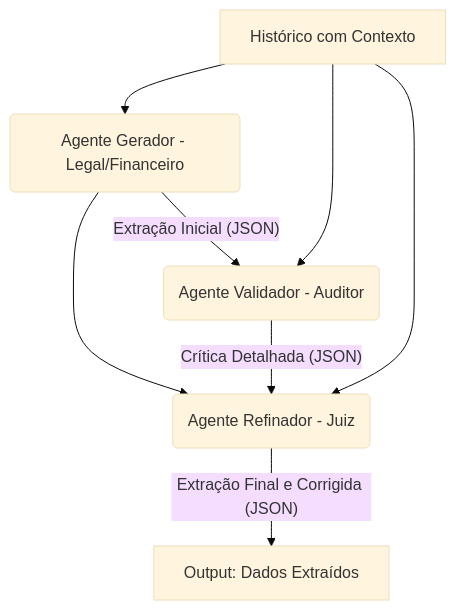
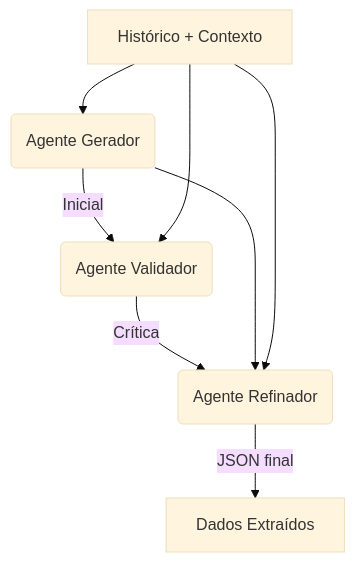
The third of 3 diagrams in README.md (MrSchrodingers/vigia), drawn with Mermaid (base theme) before and after one commit. The commit also changed other lines of this file, not shown here.

````diff
--- a/README.md
+++ b/README.md
@@ -147,10 +143,9 @@
     ```mermaid
-    graph TD
-        A[Histórico com Contexto] --> B(Agente Gerador - Legal/Financeiro);
-        B -- Extração Inicial (JSON) --> C(Agente Validador - Auditor);
-        A --> C;
-        B --> D(Agente Refinador - Juiz);
-        C -- Crítica Detalhada (JSON) --> D;
-        A --> D;
-        D -- Extração Final e Corrigida (JSON) --> F[Output: Dados Extraídos];
+      flowchart TD
+        H[Histórico + Contexto] --> GEN(Agente Gerador)
+        GEN -->|Inicial| AUD(Agente Validador)
+        AUD -->|Crítica| REF(Agente Refinador)
+        GEN --> REF
+        H --> AUD & REF
+        REF -->|JSON final| OUT[Dados Extraídos]
     ```
````
